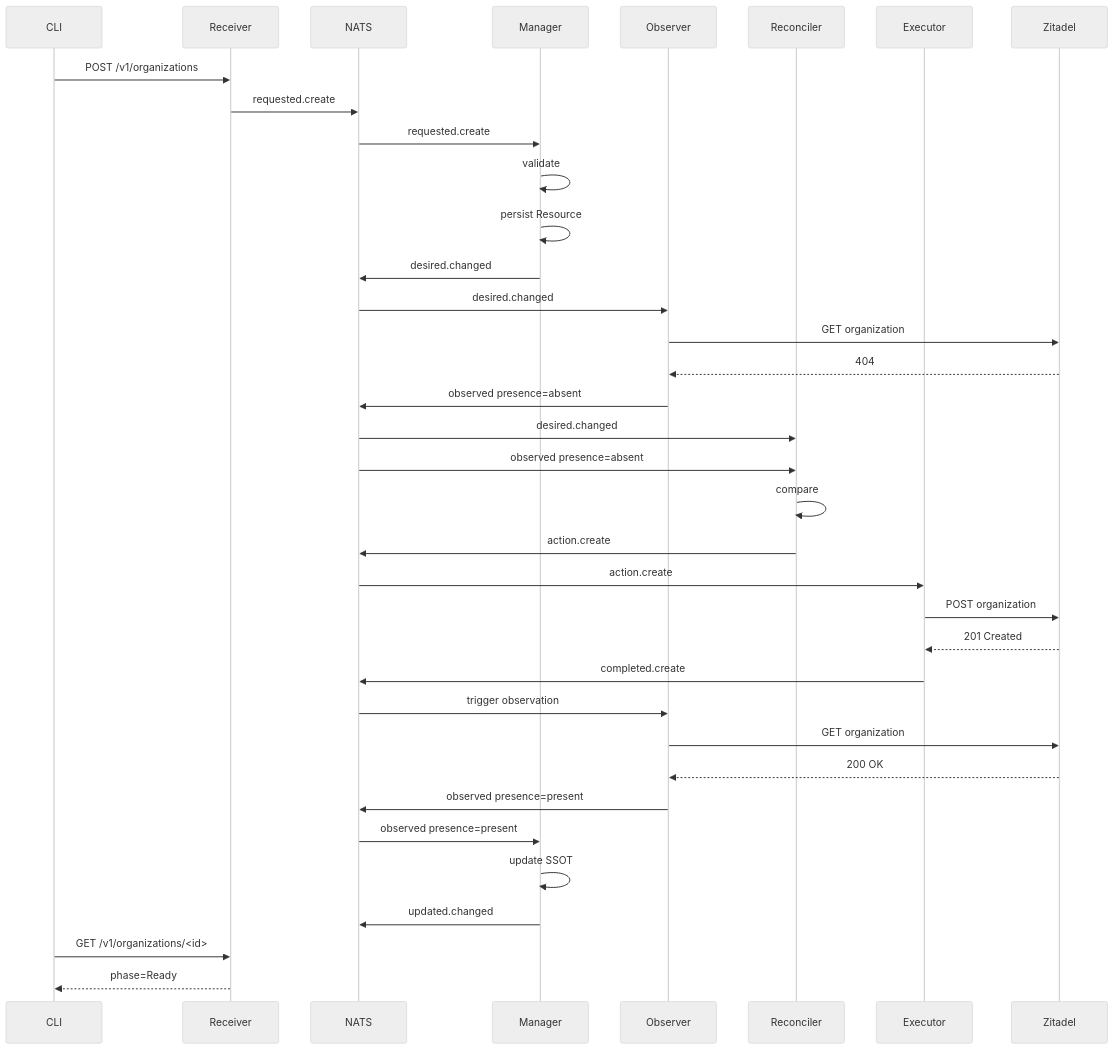
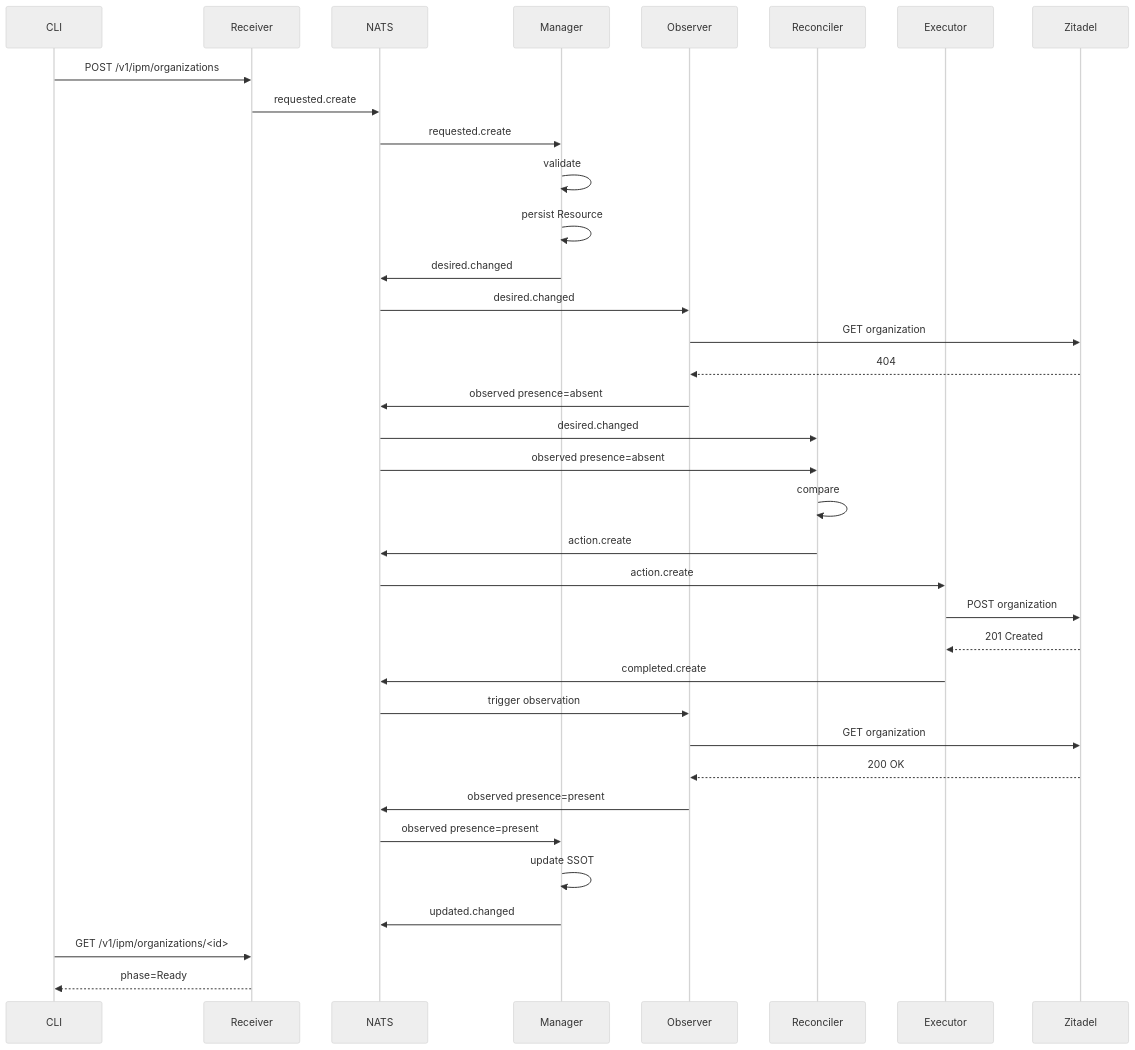
One commit to danielsabatini/smarkee changed diagram 13 of 18 in docs/RESOURCE-CONTROL-LOOP.md. Above: the diagram before and after it, drawn with Mermaid (neutral theme). The commit also changed other lines of this file and 48 other files, not shown here.

````diff
--- a/docs/RESOURCE-CONTROL-LOOP.md
+++ b/docs/RESOURCE-CONTROL-LOOP.md
@@ -964,48 +964,48 @@
 ```mermaid
 sequenceDiagram
 
     participant CLI
     participant Receiver
     participant NATS
     participant Manager
     participant Observer
     participant Reconciler
     participant Executor
     participant Zitadel
 
-    CLI->>Receiver: POST /v1/organizations
+    CLI->>Receiver: POST /v1/ipm/organizations
     Receiver->>NATS: requested.create
 
     NATS->>Manager: requested.create
     Manager->>Manager: validate
     Manager->>Manager: persist Resource
     Manager->>NATS: desired.changed
 
     NATS->>Observer: desired.changed
     Observer->>Zitadel: GET organization
     Zitadel-->>Observer: 404
     Observer->>NATS: observed presence=absent
 
     NATS->>Reconciler: desired.changed
     NATS->>Reconciler: observed presence=absent
 
     Reconciler->>Reconciler: compare
     Reconciler->>NATS: action.create
 
     NATS->>Executor: action.create
     Executor->>Zitadel: POST organization
     Zitadel-->>Executor: 201 Created
     Executor->>NATS: completed.create
 
     NATS->>Observer: trigger observation
     Observer->>Zitadel: GET organization
     Zitadel-->>Observer: 200 OK
     Observer->>NATS: observed presence=present
 
     NATS->>Manager: observed presence=present
     Manager->>Manager: update SSOT
     Manager->>NATS: updated.changed
 
-    CLI->>Receiver: GET /v1/organizations/<id>
+    CLI->>Receiver: GET /v1/ipm/organizations/<id>
     Receiver-->>CLI: phase=Ready
 ```
````
